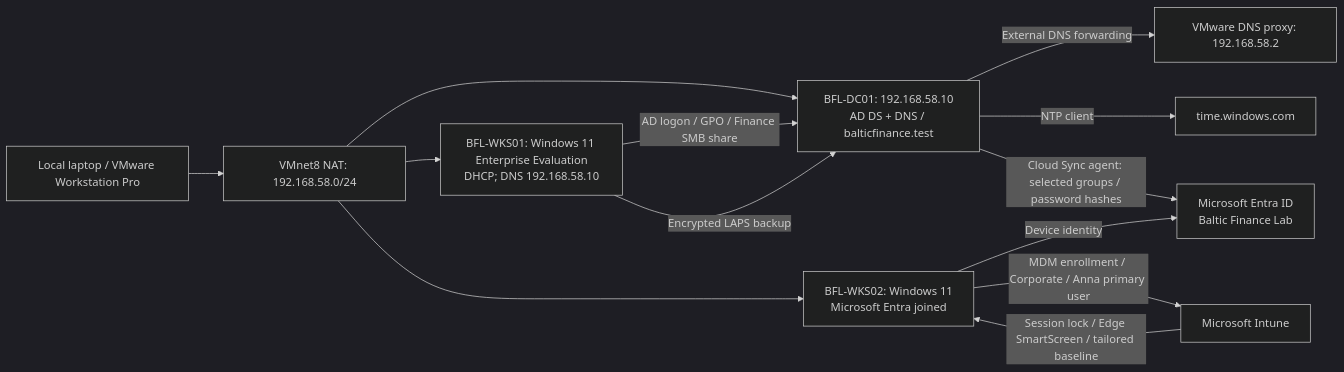
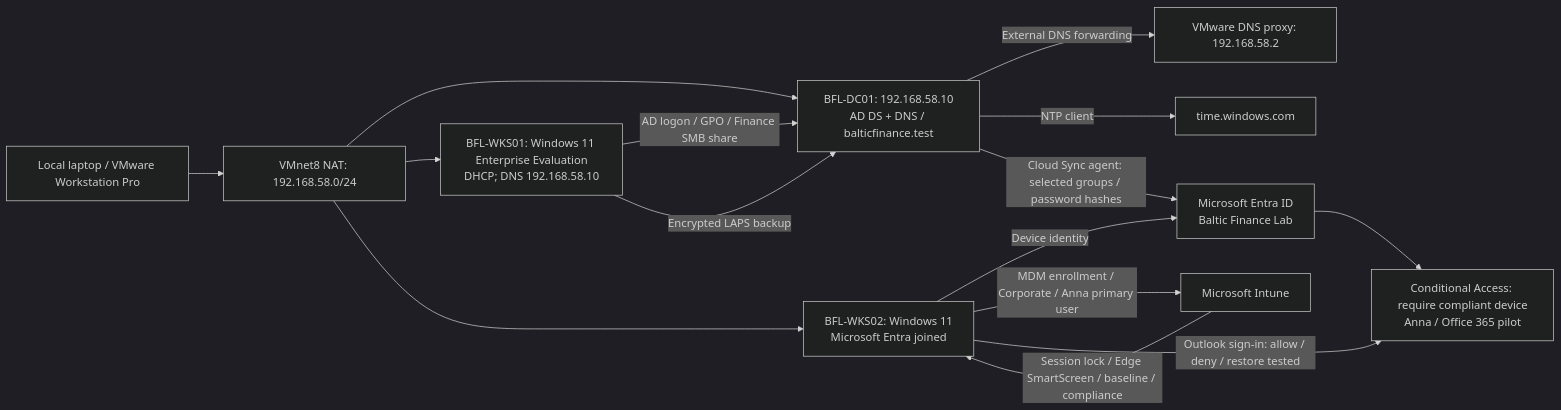
Before and after one commit to krzysztof-szot/hybrid-enterprise-security-project: the diagram in README.md, drawn with Mermaid (dark theme). The commit also changed other lines of this file and 6 other files, not shown here.

Commit message:
Document Day 08 compliance and Conditional Access allow-deny-recovery tests

````diff
--- a/README.md
+++ b/README.md
@@ -28,15 +29,17 @@
 ```mermaid
 flowchart LR
     Host["Local laptop / VMware Workstation Pro"] --> NAT["VMnet8 NAT: 192.168.58.0/24"]
     NAT --> DC["BFL-DC01: 192.168.58.10\nAD DS + DNS / balticfinance.test"]
     NAT --> WKS["BFL-WKS01: Windows 11 Enterprise Evaluation\nDHCP; DNS 192.168.58.10"]
     NAT --> WKS2["BFL-WKS02: Windows 11\nMicrosoft Entra joined"]
     WKS2 -->|"Device identity"| Entra
     WKS2 -->|"MDM enrollment / Corporate / Anna primary user"| Intune["Microsoft Intune"]
-    Intune -->|"Session lock / Edge SmartScreen / tailored baseline"| WKS2
+    Intune -->|"Session lock / Edge SmartScreen / baseline / compliance"| WKS2
+    Entra --> CA["Conditional Access: require compliant device\nAnna / Office 365 pilot"]
+    WKS2 -->|"Outlook sign-in: allow / deny / restore tested"| CA
     WKS -->|"AD logon / GPO / Finance SMB share"| DC
     DC -->|"External DNS forwarding"| DNS["VMware DNS proxy: 192.168.58.2"]
     DC -->|"NTP client"| NTP["time.windows.com"]
     WKS -->|"Encrypted LAPS backup"| DC
     DC -->|"Cloud Sync agent: selected groups / password hashes"| Entra["Microsoft Entra ID\nBaltic Finance Lab"]
 ```
````
